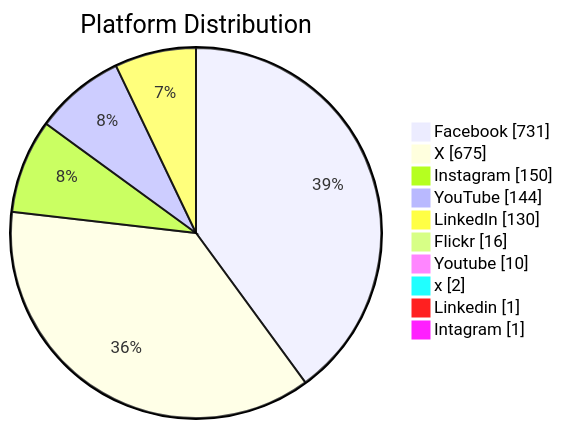
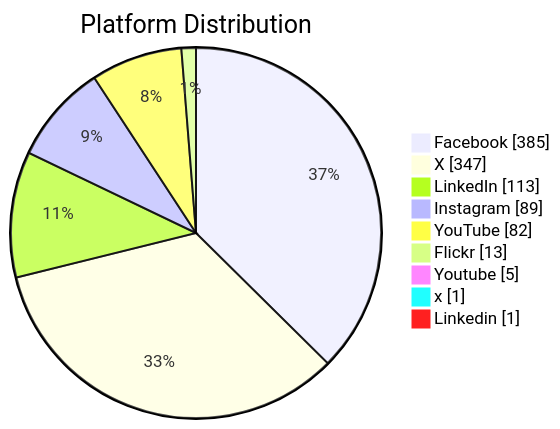
One commit to PatLittle/GC-Socials changed the second of 6 diagrams in README.md. Above: the diagram before and after it, drawn with Mermaid. The commit also changed other lines of this file, not shown here.

Commit message:
Update README with Platform Distribution pie chart

````diff
--- a/README.md
+++ b/README.md
@@ -64,13 +55,12 @@
 ```mermaid
 pie showData title Platform Distribution
-    "Facebook": 731
-    "X": 675
-    "Instagram": 150
-    "YouTube": 144
-    "LinkedIn": 130
-    "Flickr": 16
-    "Youtube": 10
-    "x": 2
+    "Facebook": 385
+    "X": 347
+    "LinkedIn": 113
+    "Instagram": 89
+    "YouTube": 82
+    "Flickr": 13
+    "Youtube": 5
+    "x": 1
     "Linkedin": 1
-    "Intagram": 1
 ```
````
